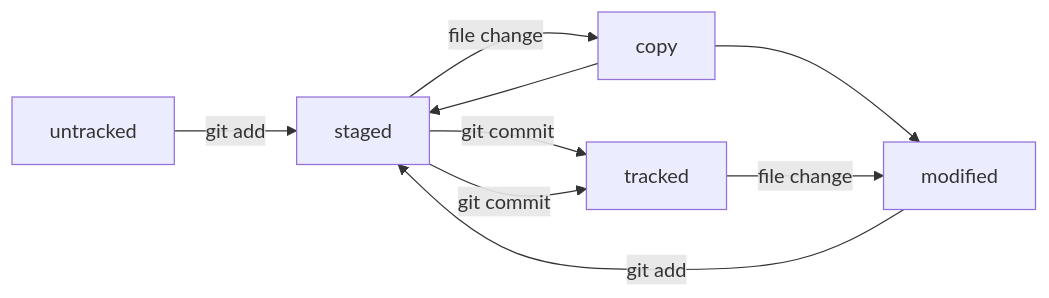
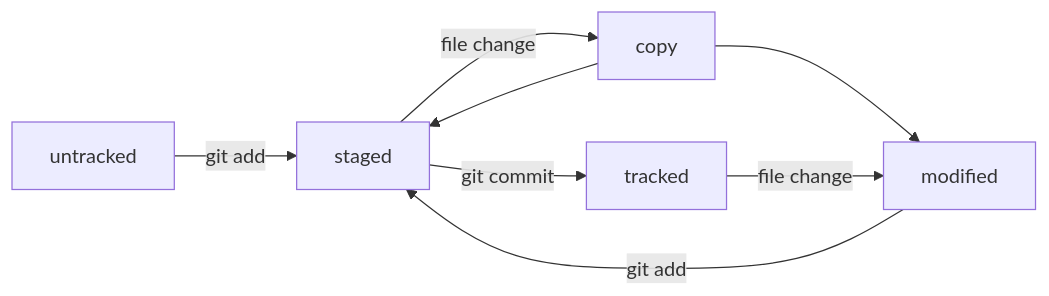
The second of 2 diagrams in README.md (ancapkolya/git-cheat-sheet), drawn with Mermaid before and after one commit.

Commit message:
fix: Убрать повторяющуюся ветку в 2-ой схеме жизненного цикла

````diff
--- a/README.md
+++ b/README.md
@@ -80,11 +80,10 @@
 ```mermaid
 graph LR;
 	untracked -- "git add" --> staged
 	staged -- "file change" --> copy
 	copy --> modified
 	copy --> staged
 	staged -- "git commit" --> tracked
 	tracked -- "file change" --> modified
 	modified -- "git add" --> staged
-	staged -- "git commit" --> tracked
 ```
````
